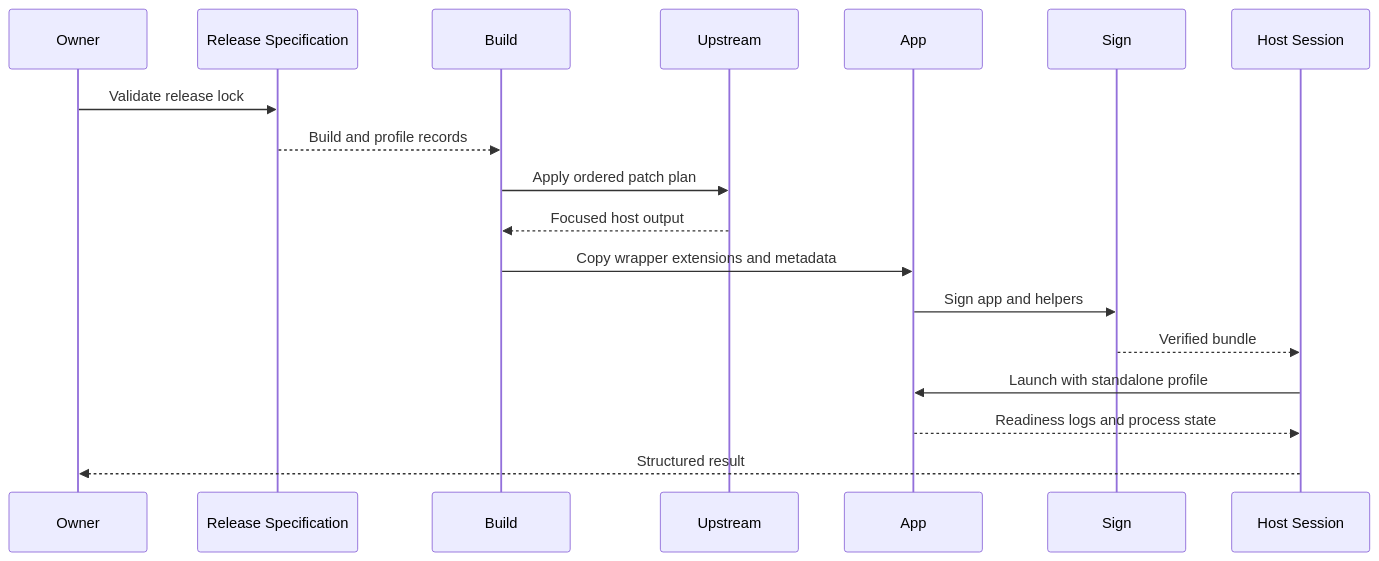
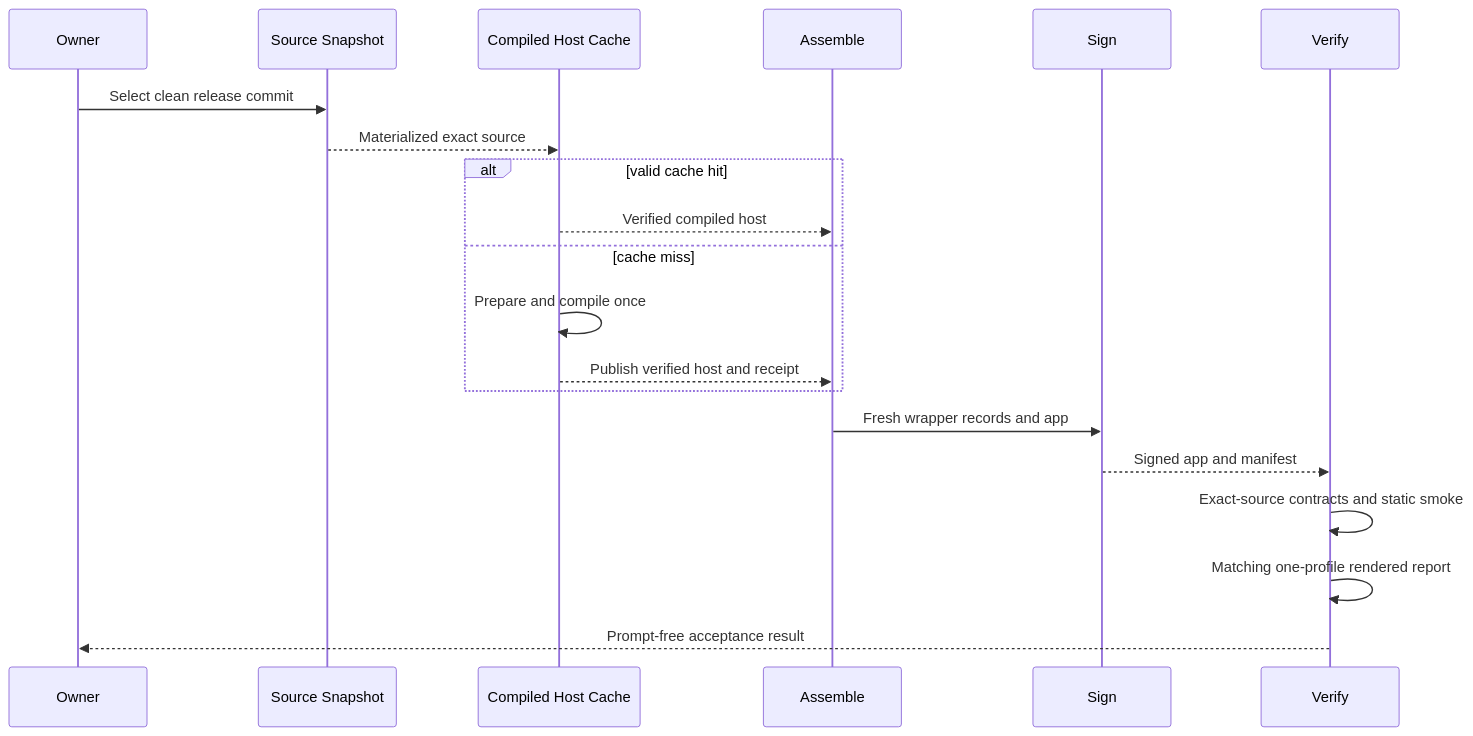
One commit to alexwck/dbcode-wrapper changed the diagram in wiki/flows/build-sign-and-launch.md. Above: the diagram before and after it, drawn with Mermaid. The commit also changed other lines of this file and 29 other files, not shown here.

First line of the commit message:
docs(wiki): refresh fast wrapper release guide

````diff
--- a/wiki/flows/build-sign-and-launch.md
+++ b/wiki/flows/build-sign-and-launch.md
@@ -24,20 +24,22 @@
 ```mermaid
 sequenceDiagram
   participant Owner
-  participant Spec as Release Specification
-  participant Build
-  participant Upstream
-  participant App
+  participant Snapshot as Source Snapshot
+  participant Cache as Compiled Host Cache
+  participant Assemble
   participant Sign
-  participant Session as Host Session
-  Owner->>Spec: Validate release lock
-  Spec-->>Build: Build and profile records
-  Build->>Upstream: Apply ordered patch plan
-  Upstream-->>Build: Focused host output
-  Build->>App: Copy wrapper extensions and metadata
-  App->>Sign: Sign app and helpers
-  Sign-->>Session: Verified bundle
-  Session->>App: Launch with standalone profile
-  App-->>Session: Readiness logs and process state
-  Session-->>Owner: Structured result
+  participant Verify
+  Owner->>Snapshot: Select clean release commit
+  Snapshot-->>Cache: Materialized exact source
+  alt valid cache hit
+    Cache-->>Assemble: Verified compiled host
+  else cache miss
+    Cache->>Cache: Prepare and compile once
+    Cache-->>Assemble: Publish verified host and receipt
+  end
+  Assemble->>Sign: Fresh wrapper records and app
+  Sign-->>Verify: Signed app and manifest
+  Verify->>Verify: Exact-source contracts and static smoke
+  Verify->>Verify: Matching one-profile rendered report
+  Verify-->>Owner: Prompt-free acceptance result
 ```
````
